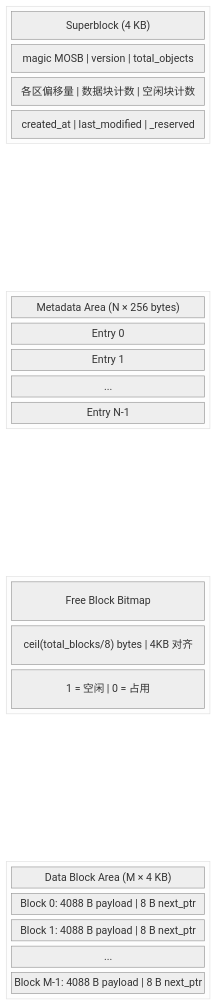
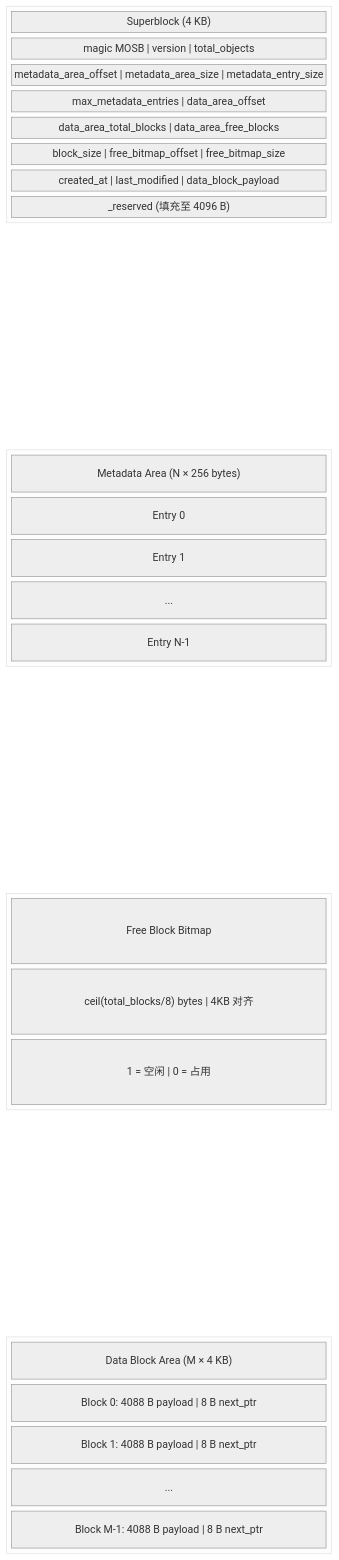
The fourth of 17 diagrams in design.md (Faye-bit/MiniOS_CUG_SE_OS), drawn with Mermaid (neutral theme) before and after one commit. The commit also changed other lines of this file, not shown here.

````diff
--- a/design.md
+++ b/design.md
@@ -144,43 +144,47 @@
 ```mermaid
 block-beta
     columns 1
 
     block:superblock
         columns 1
         s1["Superblock (4 KB)"]:1
         s2["magic MOSB | version | total_objects"]:1
-        s3["各区偏移量 | 数据块计数 | 空闲块计数"]:1
-        s4["created_at | last_modified | _reserved"]:1
+        s3["metadata_area_offset | metadata_area_size | metadata_entry_size"]:1
+        s4["max_metadata_entries | data_area_offset"]:1
+        s5["data_area_total_blocks | data_area_free_blocks"]:1
+        s6["block_size | free_bitmap_offset | free_bitmap_size"]:1
+        s7["created_at | last_modified | data_block_payload"]:1
+        s8["_reserved (填充至 4096 B)"]:1
     end
 
     space
 
     block:metadata
         columns 1
         m1["Metadata Area (N × 256 bytes)"]:1
         m2["Entry 0"]:1
         m3["Entry 1"]:1
         m4["..."]:1
         m5["Entry N-1"]:1
     end
 
     space
 
     block:bitmap
         columns 1
         b1["Free Block Bitmap"]:1
         b2["ceil(total_blocks/8) bytes | 4KB 对齐"]:1
         b3["1 = 空闲 | 0 = 占用"]:1
     end
 
     space
 
     block:data
         columns 1
         d1["Data Block Area (M × 4 KB)"]:1
         d2["Block 0: 4088 B payload | 8 B next_ptr"]:1
         d3["Block 1: 4088 B payload | 8 B next_ptr"]:1
         d4["..."]:1
         d5["Block M-1: 4088 B payload | 8 B next_ptr"]:1
     end
 ```
````
